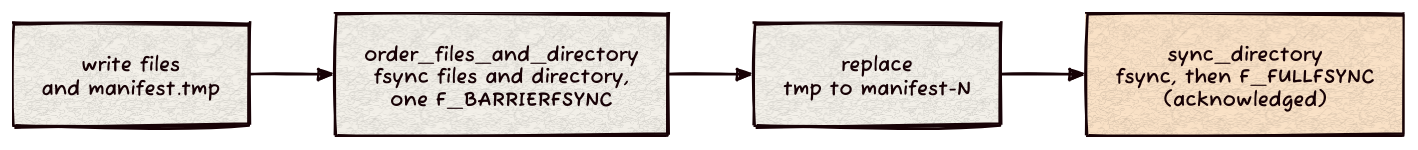
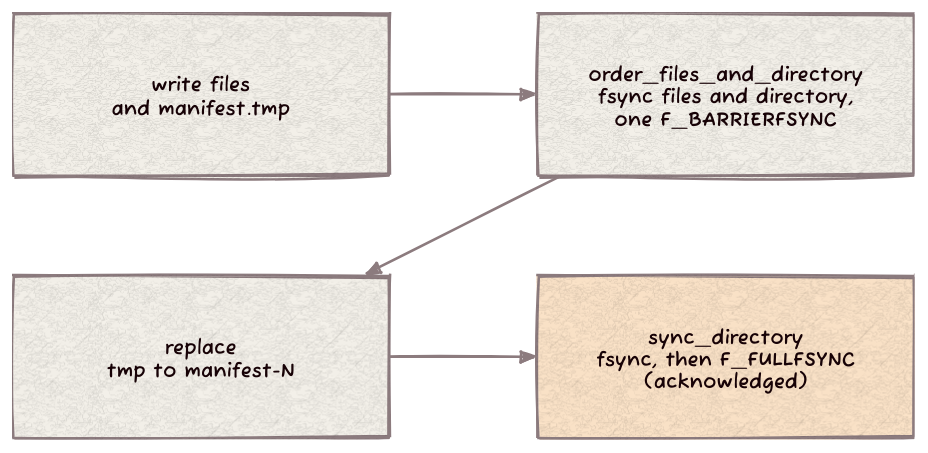
One commit to Kronuz/completion changed the diagram in docs/mechanisms/commit-barriers.d2. Above: the diagram before and after it, drawn with D2. The commit also changed 1 other file, not shown here.

Commit message:
Render the diagrams for light and dark pages
A transparent background with mid-tone lines and edge labels, so each
image reads on GitHub's light and dark themes.

[skip ci]

```diff
--- a/docs/mechanisms/commit-barriers.d2
+++ b/docs/mechanisms/commit-barriers.d2
@@ -1,8 +1,33 @@
-vars: { d2-config: { layout-engine: elk; theme-id: 302; sketch: true; pad: 24 } }
-direction: right
+vars: { d2-config: { layout-engine: elk; theme-id: 302; sketch: true; pad: 24; theme-overrides: { B1: "#8C7B7E"; B2: "#C25B73"; N2: "#C25B73" } } }
+style.fill: transparent
 
-a: "write files\nand manifest.tmp" { style.fill: "#F4F1EA" }
-b: "order_files_and_directory\nfsync files and directory,\none F_BARRIERFSYNC" { style.fill: "#F4F1EA" }
-c: "replace\ntmp to manifest-N" { style.fill: "#F4F1EA" }
-d: "sync_directory\nfsync, then F_FULLFSYNC\n(acknowledged)" { style.fill: "#FBE3C8" }
+grid-rows: 2
+grid-columns: 2
+horizontal-gap: 120
+vertical-gap: 80
+
+a: {
+  width: 300
+  height: 130
+  label: "write files\nand manifest.tmp"
+  style.fill: "#F4F1EA"
+}
+b: {
+  width: 300
+  height: 130
+  label: "order_files_and_directory\nfsync files and directory,\none F_BARRIERFSYNC"
+  style.fill: "#F4F1EA"
+}
+c: {
+  width: 300
+  height: 130
+  label: "replace\ntmp to manifest-N"
+  style.fill: "#F4F1EA"
+}
+d: {
+  width: 300
+  height: 130
+  label: "sync_directory\nfsync, then F_FULLFSYNC\n(acknowledged)"
+  style.fill: "#FBE3C8"
+}
 a -> b -> c -> d
```
